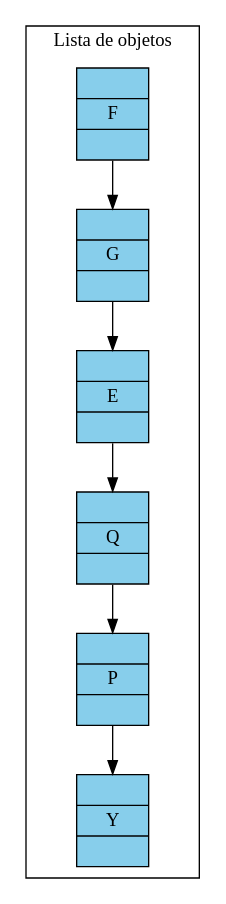
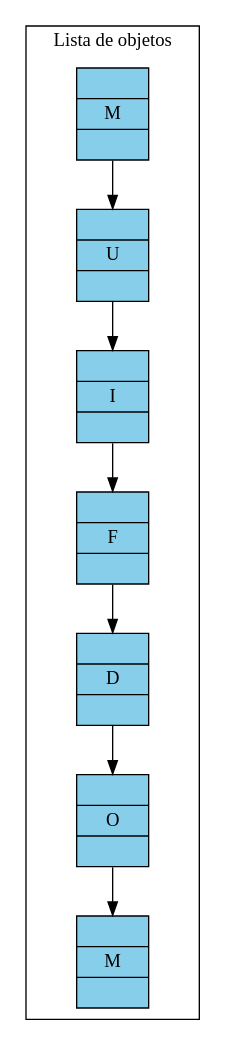
One commit to jossiebk/Practica1s12017_201313692 changed the diagram in Scrabble/EDD_Practica1_201313692/Reportes/Fichitas.dot. Above: the diagram before and after it, drawn with Graphviz. The commit also changed 10 other files, not shown here.

```diff
--- a/Scrabble/EDD_Practica1_201313692/Reportes/Fichitas.dot
+++ b/Scrabble/EDD_Practica1_201313692/Reportes/Fichitas.dot
@@ -1,20 +1,22 @@
 digraph G {
 	node[shape=record]; 
 
 	subgraph clusterDLL {
 
 label = "Lista de objetos";
 
-tn_dll0[label = "{ <e> | F| <p> }", style="filled", color="black", fillcolor="skyblue"]; 
-tn_dll1[label = "{ <e> |  G| <p> }", style="filled", color="black", fillcolor="skyblue"]; 
+tn_dll0[label = "{ <e> | M| <p> }", style="filled", color="black", fillcolor="skyblue"]; 
+tn_dll1[label = "{ <e> |  U| <p> }", style="filled", color="black", fillcolor="skyblue"]; 
 tn_dll0:p -> tn_dll1:e;
-tn_dll2[label = "{ <e> |  E| <p> }", style="filled", color="black", fillcolor="skyblue"]; 
+tn_dll2[label = "{ <e> |  I| <p> }", style="filled", color="black", fillcolor="skyblue"]; 
 tn_dll1:p -> tn_dll2:e;
-tn_dll3[label = "{ <e> |  Q| <p> }", style="filled", color="black", fillcolor="skyblue"]; 
+tn_dll3[label = "{ <e> |  F| <p> }", style="filled", color="black", fillcolor="skyblue"]; 
 tn_dll2:p -> tn_dll3:e;
-tn_dll4[label = "{ <e> |  P| <p> }", style="filled", color="black", fillcolor="skyblue"]; 
+tn_dll4[label = "{ <e> |  D| <p> }", style="filled", color="black", fillcolor="skyblue"]; 
 tn_dll3:p -> tn_dll4:e;
-tn_dll5[label = "{ <e> |  Y| <p> }", style="filled", color="black", fillcolor="skyblue"]; 
+tn_dll5[label = "{ <e> |  O| <p> }", style="filled", color="black", fillcolor="skyblue"]; 
 tn_dll4:p -> tn_dll5:e;
+tn_dll6[label = "{ <e> |  M| <p> }", style="filled", color="black", fillcolor="skyblue"]; 
+tn_dll5:p -> tn_dll6:e;
 	}
  }
```
